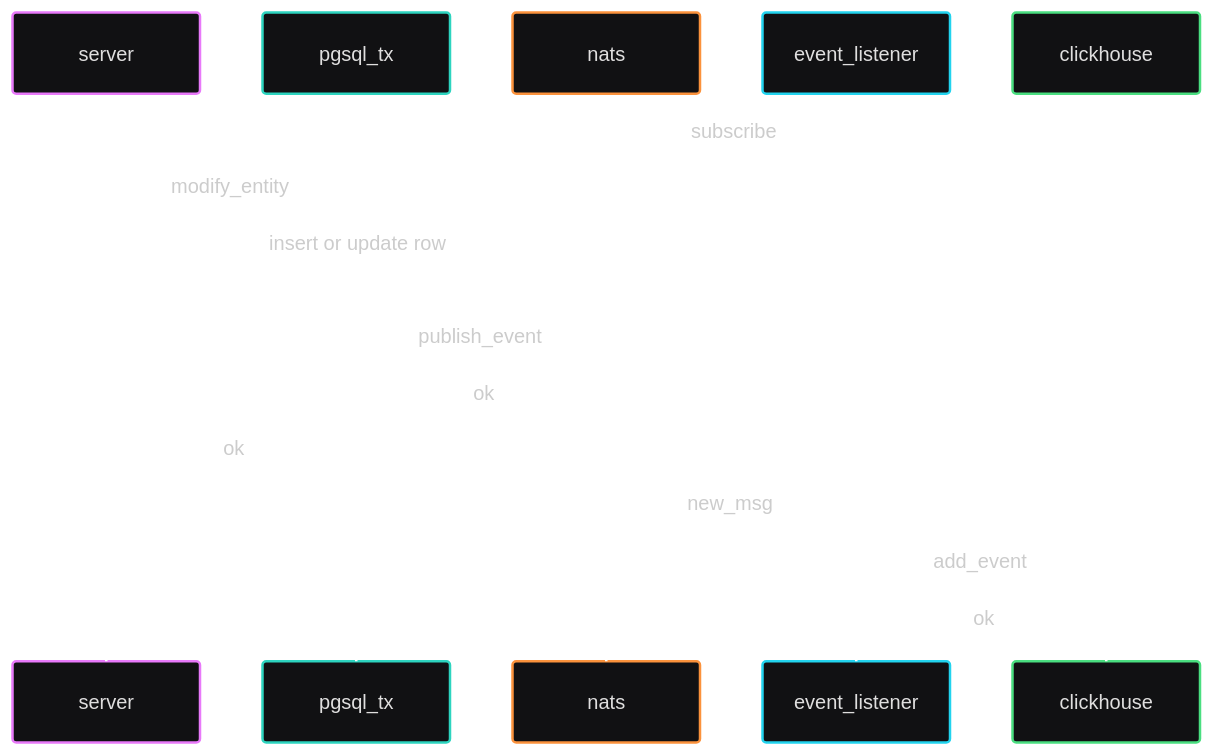
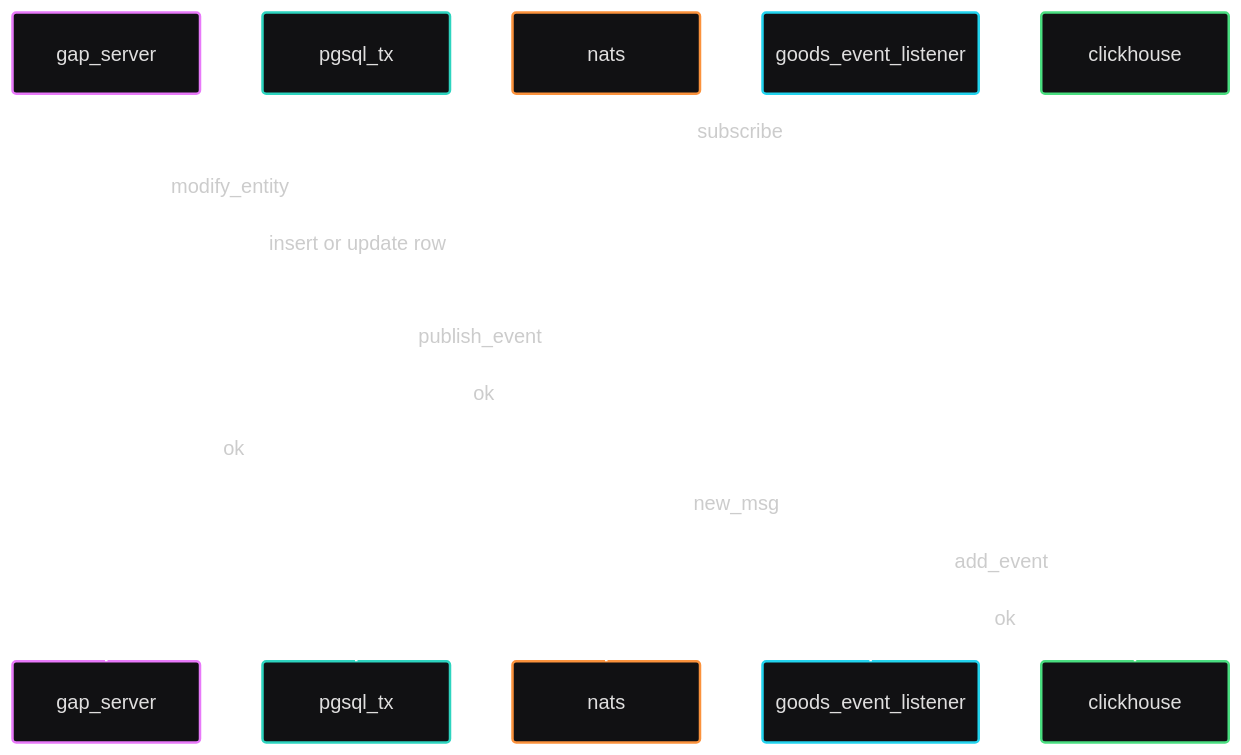
The diagram in README.md (dsaime/goods-and-projects), drawn with Mermaid before and after one commit. The commit also changed 1 other file, not shown here.

Commit message:
обновить sequenceDiagram

````diff
--- a/README.md
+++ b/README.md
@@ -5,23 +5,23 @@
 ```mermaid
 ---
 config:
   look: classic
   theme: redux-dark-color
 ---
 sequenceDiagram
-    participant server as server
-    participant pgsql_tx as pgsql_tx
+    participant P4 as gap_server
+    participant P5 as pgsql_tx
     participant P1 as nats
-    participant P2 as event_listener
+    participant P2 as goods_event_listener
     participant P3 as clickhouse
     P2 ->> P1: subscribe
-    server ->> pgsql_tx: modify_entity
-    pgsql_tx ->> pgsql_tx: insert or update row
-    pgsql_tx ->> P1: publish_event
-    P1 -->> pgsql_tx: ok
-    pgsql_tx -->> server: ok
+    P4 ->> P5: modify_entity
+    P5 ->> P5: insert or update row
+    P5 ->> P1: publish_event
+    P1 -->> P5: ok
+    P5 -->> P4: ok
     P1 -->> P2: new_msg
     P2 ->> P3: add_event
     P3 -->> P2: ok
 
 ```
````
